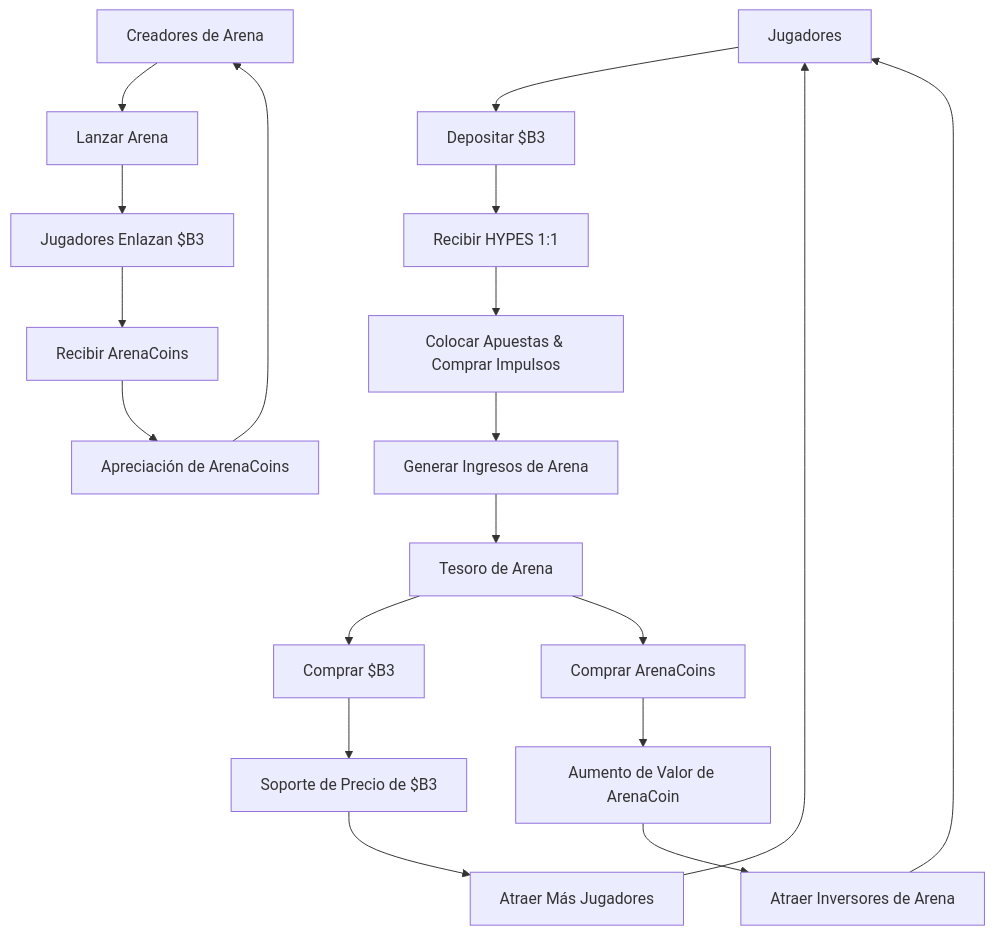
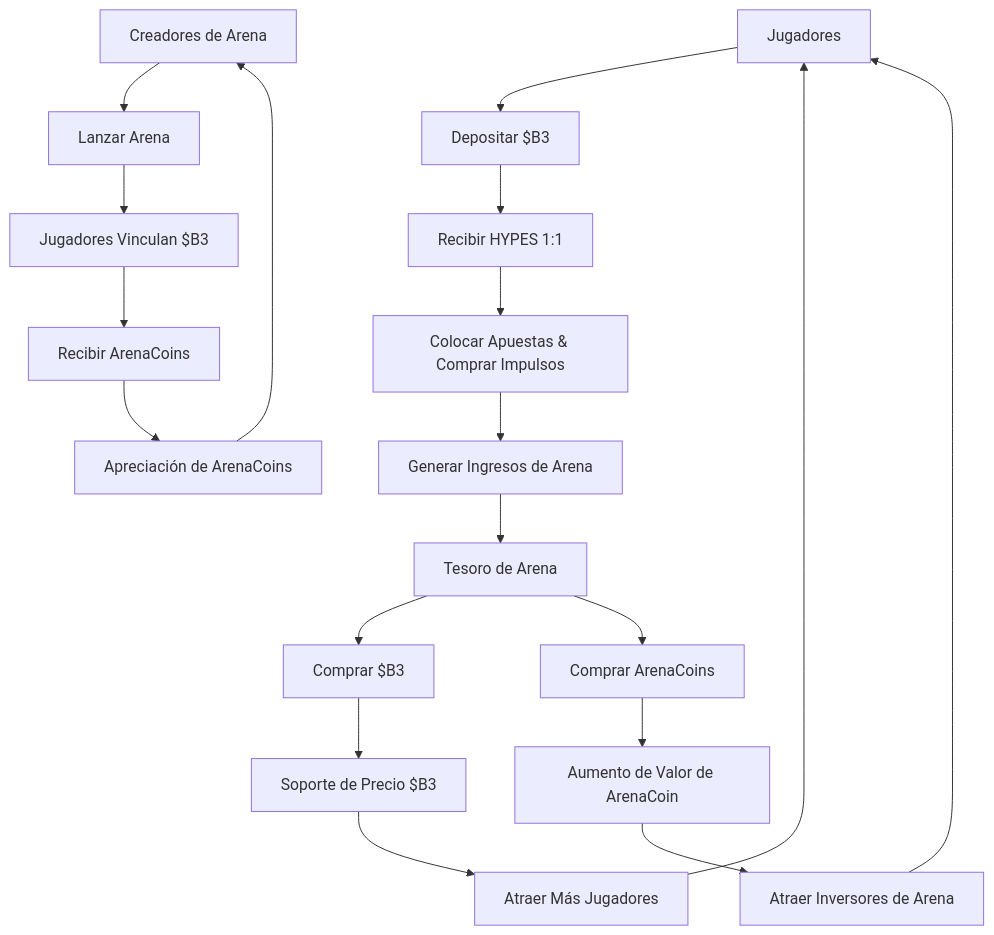
The diagram in docs/es/hypeduel/tokens-overview.mdx (b3-fun/b3), drawn with Mermaid before and after one commit. The commit also changed other lines of this file and 225 other files, not shown here.

````diff
--- a/docs/es/hypeduel/tokens-overview.mdx
+++ b/docs/es/hypeduel/tokens-overview.mdx
@@ -69,22 +29,22 @@
 ```mermaid
 graph TB
     A[Jugadores] --> B[Depositar $B3]
     B --> C[Recibir HYPES 1:1]
     C --> D[Colocar Apuestas & Comprar Impulsos]
     D --> E[Generar Ingresos de Arena]
     E --> F[Tesoro de Arena]
     F --> G[Comprar $B3]
     F --> H[Comprar ArenaCoins]
-    G --> I[Soporte de Precio de $B3]
+    G --> I[Soporte de Precio $B3]
     H --> J[Aumento de Valor de ArenaCoin]
     J --> K[Atraer Inversores de Arena]
     I --> L[Atraer Más Jugadores]
     K --> A
     L --> A
 
     M[Creadores de Arena] --> N[Lanzar Arena]
-    N --> O[Jugadores Enlazan $B3]
+    N --> O[Jugadores Vinculan $B3]
     O --> P[Recibir ArenaCoins]
     P --> Q[Apreciación de ArenaCoins]
     Q --> M
 ```
````
